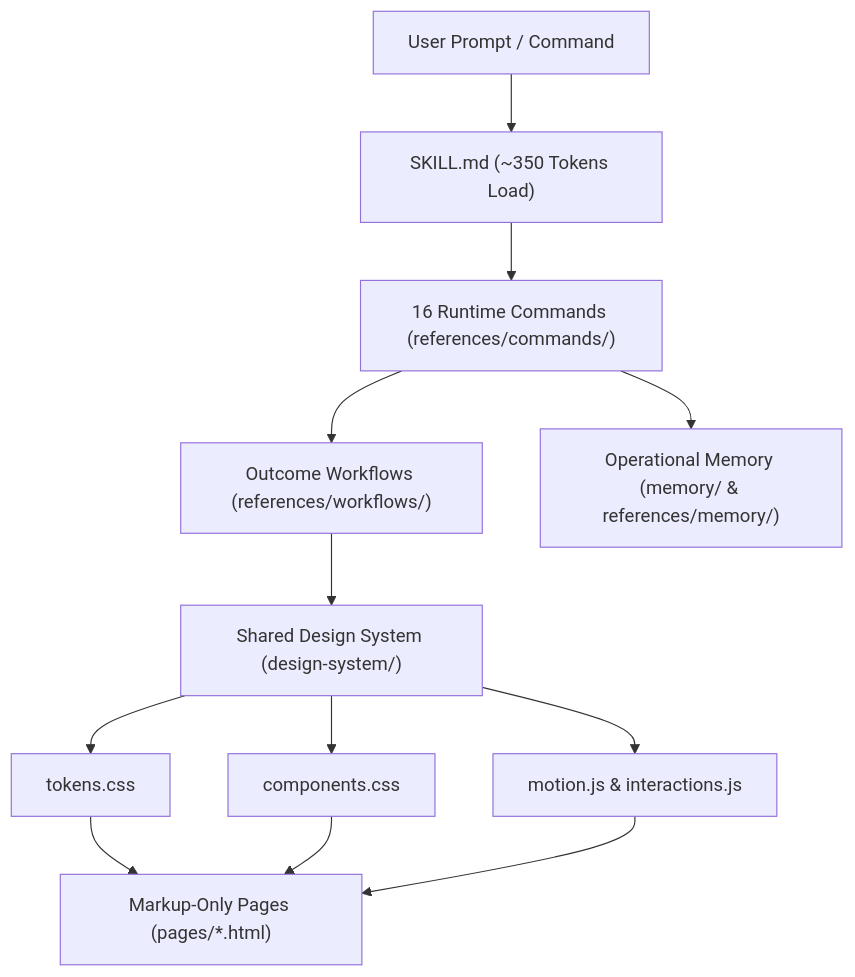
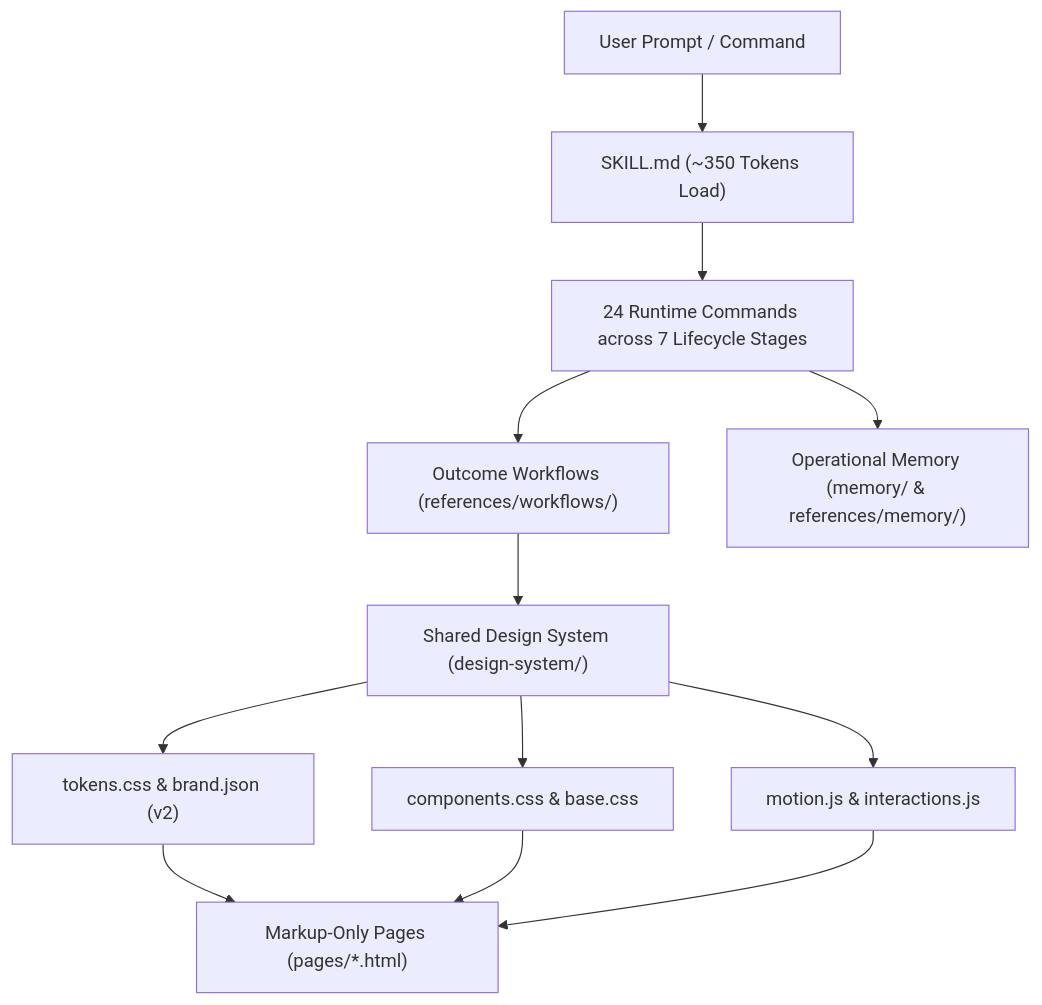
Before and after one commit to TidyFactor/Design: the second of 2 diagrams in README.md, drawn with Mermaid. The commit also changed other lines of this file and 81 other files, not shown here.

````diff
--- a/README.md
+++ b/README.md
@@ -27,16 +235,16 @@
 ```mermaid
 graph TD
     A["User Prompt / Command"] --> B["SKILL.md (~350 Tokens Load)"]
-    B --> C["16 Runtime Commands (references/commands/)"]
+    B --> C["24 Runtime Commands across 7 Lifecycle Stages"]
     C --> D["Outcome Workflows (references/workflows/)"]
     C --> E["Operational Memory (memory/ & references/memory/)"]
     
     D --> F["Shared Design System (design-system/)"]
-    F --> G["tokens.css"]
-    F --> H["components.css"]
+    F --> G["tokens.css & brand.json (v2)"]
+    F --> H["components.css & base.css"]
     F --> I["motion.js & interactions.js"]
     
     G --> J["Markup-Only Pages (pages/*.html)"]
     H --> J
     I --> J
 ```
````
